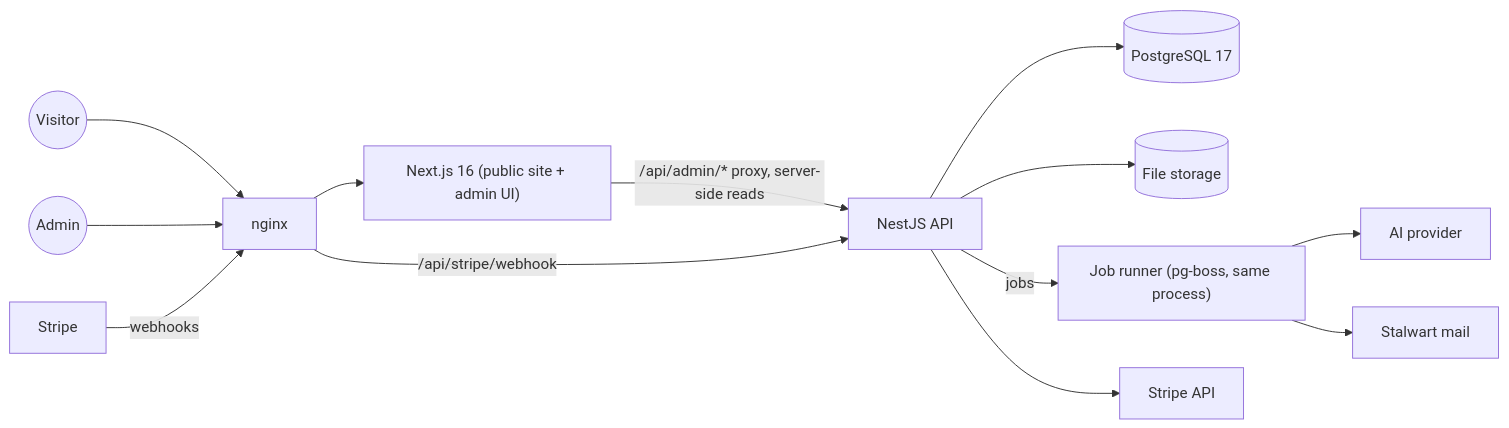
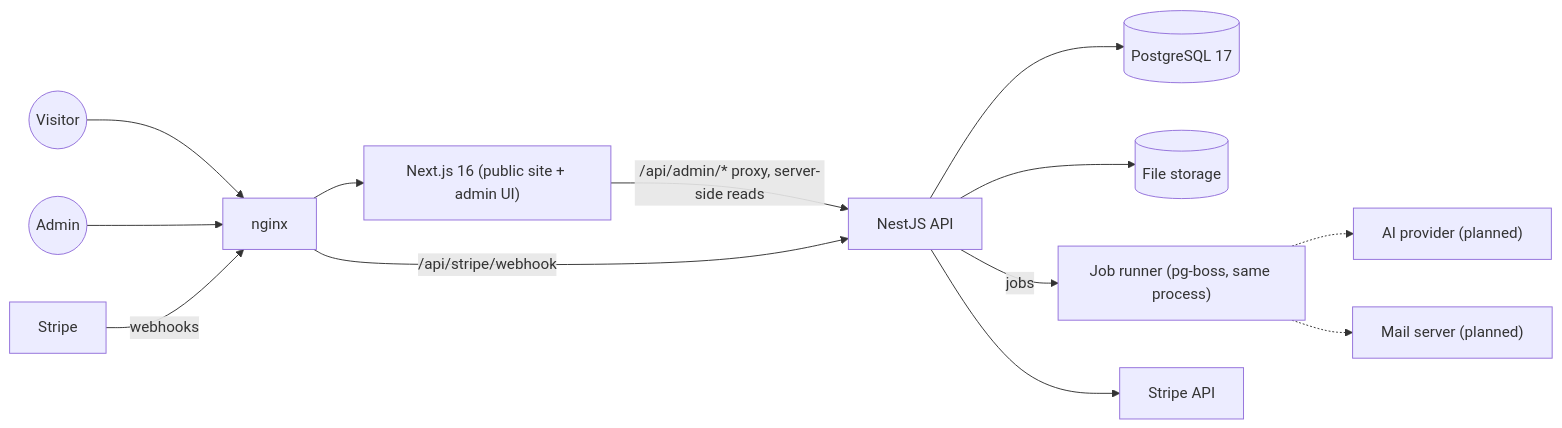
One commit to Global-experiment/Global-experiment changed the diagram in docs/architecture/overview.md. Above: the diagram before and after it, drawn with Mermaid. The commit also changed other lines of this file and 3 other files, not shown here.

First line of the commit message:
docs: architecture overview and roadmap match the current system (OPS-104)

````diff
--- a/docs/architecture/overview.md
+++ b/docs/architecture/overview.md
@@ -29,15 +31,15 @@
 ```mermaid
 flowchart LR
   visitor((Visitor)) --> nginx
   admin((Admin)) --> nginx
   stripe[Stripe] -- webhooks --> nginx
   nginx --> web["Next.js 16 (public site + admin UI)"]
   web -- "/api/admin/* proxy, server-side reads" --> api["NestJS API"]
   nginx -- "/api/stripe/webhook" --> api
   api --> pg[(PostgreSQL 17)]
   api --> files[(File storage)]
   api -- jobs --> worker["Job runner (pg-boss, same process)"]
-  worker --> ai[AI provider]
-  worker --> mail[Stalwart mail]
+  worker -.-> ai["AI provider (planned)"]
+  worker -.-> mail["Mail server (planned)"]
   api --> stripeapi[Stripe API]
 ```
````
